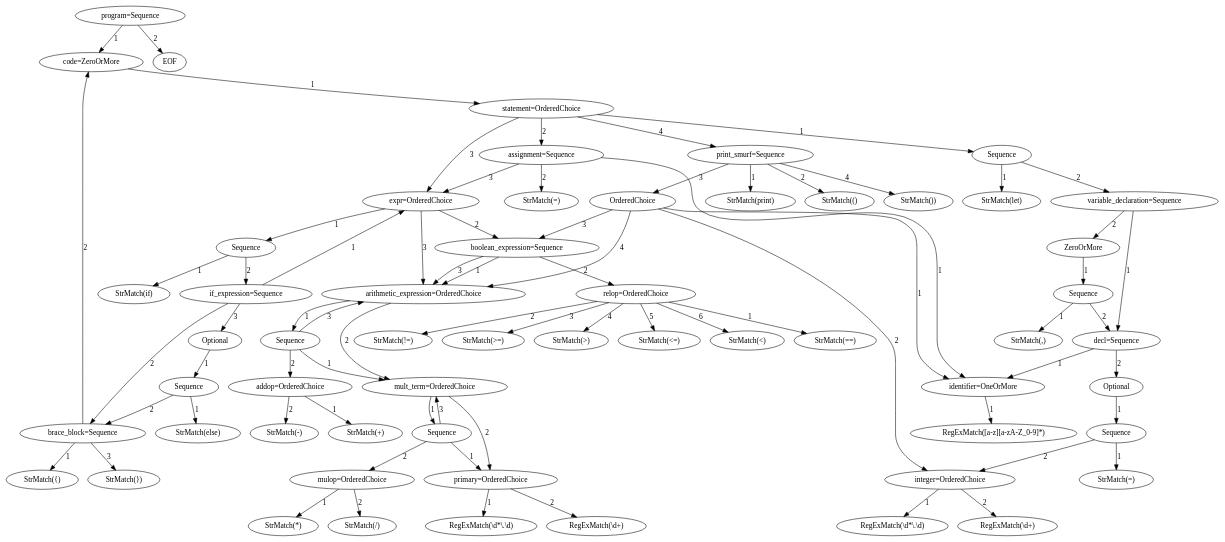
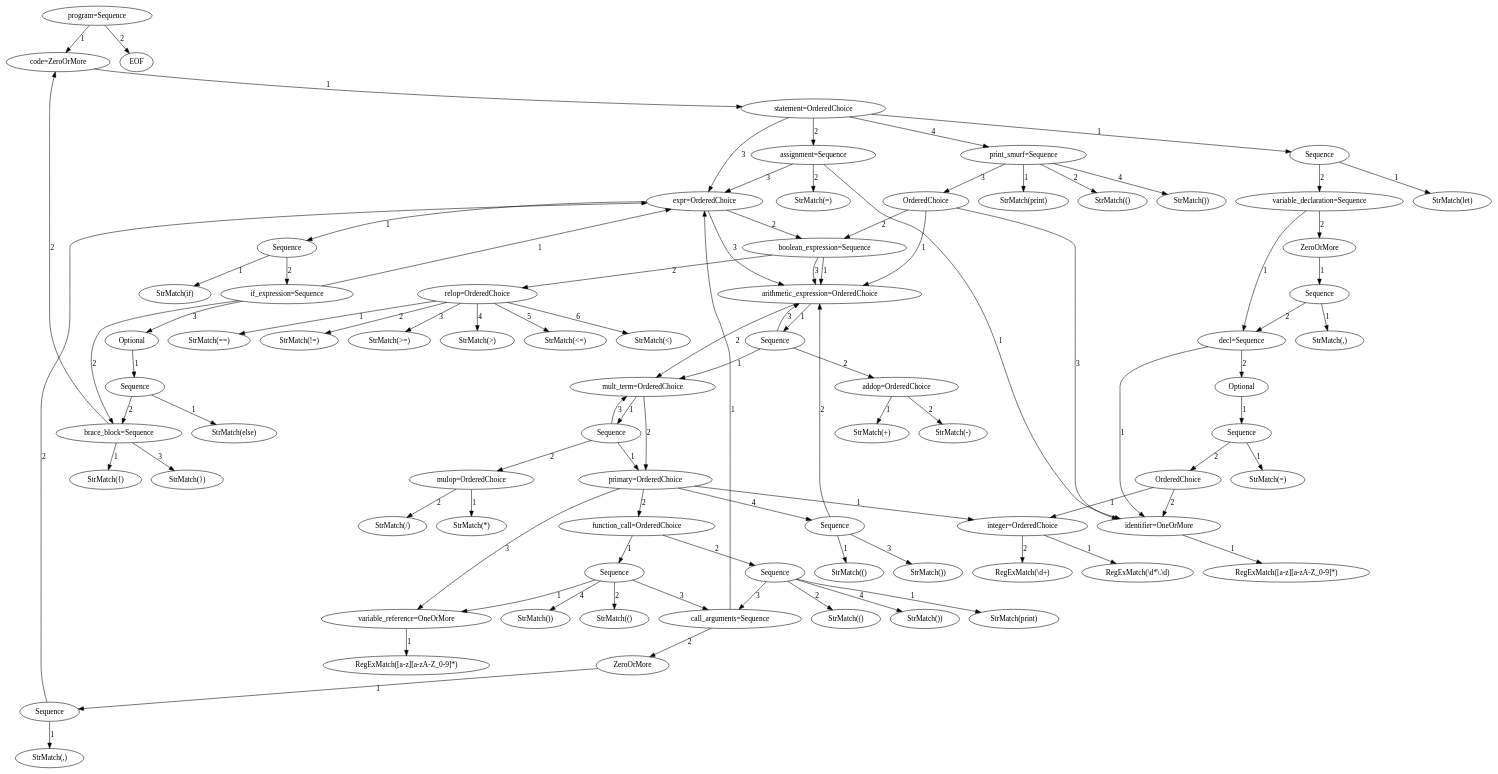
One commit to pragdave/cs3342_smurf changed the diagram in program_parser_model.dot. Above: the diagram before and after it, drawn with Graphviz. The commit also changed 12 other files, not shown here.

```diff
--- a/program_parser_model.dot
+++ b/program_parser_model.dot
@@ -1,203 +1,263 @@
 digraph arpeggio_graph {
-4712327248 [label="program=Sequence"];
-4712327248->4712753424 [label="1"]
+4710118736 [label="program=Sequence"];
+4710118736->4715002000 [label="1"]
 
-4712753424 [label="code=ZeroOrMore"];
-4712753424->4712752720 [label="1"]
+4715002000 [label="code=ZeroOrMore"];
+4715002000->4714634768 [label="1"]
 
-4712752720 [label="statement=OrderedChoice"];
-4712752720->4712754832 [label="1"]
+4714634768 [label="statement=OrderedChoice"];
+4714634768->4714633552 [label="1"]
 
-4712754832 [label="Sequence"];
-4712754832->4712561168 [label="1"]
+4714633552 [label="Sequence"];
+4714633552->4715432272 [label="1"]
 
-4712561168 [label="StrMatch(let)"];
-4712754832->4714716368 [label="2"]
+4715432272 [label="StrMatch(let)"];
+4714633552->4711730640 [label="2"]
 
-4714716368 [label="variable_declaration=Sequence"];
-4714716368->4713727248 [label="1"]
+4711730640 [label="variable_declaration=Sequence"];
+4711730640->4713588048 [label="1"]
 
-4713727248 [label="decl=Sequence"];
-4713727248->4713847760 [label="1"]
+4713588048 [label="decl=Sequence"];
+4713588048->4710131024 [label="1"]
 
-4713847760 [label="identifier=OneOrMore"];
-4713847760->4713844944 [label="1"]
+4710131024 [label="identifier=OneOrMore"];
+4710131024->4710132624 [label="1"]
 
-4713844944 [label="RegExMatch([a-z][a-zA-Z_0-9]*)"];
-4713727248->4713727824 [label="2"]
+4710132624 [label="RegExMatch([a-z][a-zA-Z_0-9]*)"];
+4713588048->4713587024 [label="2"]
 
-4713727824 [label="Optional"];
-4713727824->4714118672 [label="1"]
+4713587024 [label="Optional"];
+4713587024->4710130256 [label="1"]
 
-4714118672 [label="Sequence"];
-4714118672->4714118736 [label="1"]
+4710130256 [label="Sequence"];
+4710130256->4710132304 [label="1"]
 
-4714118736 [label="StrMatch(=)"];
-4714118672->4712252240 [label="2"]
+4710132304 [label="StrMatch(=)"];
+4710130256->4710131728 [label="2"]
 
-4712252240 [label="integer=OrderedChoice"];
-4712252240->4714118864 [label="1"]
+4710131728 [label="OrderedChoice"];
+4710131728->4712754960 [label="1"]
 
-4714118864 [label="RegExMatch(\\d*\\.\\d)"];
-4712252240->4714117584 [label="2"]
+4712754960 [label="integer=OrderedChoice"];
+4712754960->4710130576 [label="1"]
 
-4714117584 [label="RegExMatch(\\d+)"];
-4714716368->4714713360 [label="2"]
+4710130576 [label="RegExMatch(\\d*\\.\\d)"];
+4712754960->4710132688 [label="2"]
 
-4714713360 [label="ZeroOrMore"];
-4714713360->4711904848 [label="1"]
+4710132688 [label="RegExMatch(\\d+)"];
+4710131728->4710131024 [label="2"]
 
-4711904848 [label="Sequence"];
-4711904848->4711903696 [label="1"]
+4711730640->4710803408 [label="2"]
 
-4711903696 [label="StrMatch(,)"];
-4711904848->4713727248 [label="2"]
+4710803408 [label="ZeroOrMore"];
+4710803408->4712752592 [label="1"]
 
-4712752720->4711906512 [label="2"]
+4712752592 [label="Sequence"];
+4712752592->4712751696 [label="1"]
 
-4711906512 [label="assignment=Sequence"];
-4711906512->4713847760 [label="1"]
+4712751696 [label="StrMatch(,)"];
+4712752592->4713588048 [label="2"]
 
-4711906512->4711903440 [label="2"]
+4714634768->4713191440 [label="2"]
 
-4711903440 [label="StrMatch(=)"];
-4711906512->4711903760 [label="3"]
+4713191440 [label="assignment=Sequence"];
+4713191440->4710131024 [label="1"]
 
-4711903760 [label="expr=OrderedChoice"];
-4711903760->4711904272 [label="1"]
+4713191440->4710133520 [label="2"]
 
-4711904272 [label="Sequence"];
-4711904272->4711903568 [label="1"]
+4710133520 [label="StrMatch(=)"];
+4713191440->4712754896 [label="3"]
 
-4711903568 [label="StrMatch(if)"];
-4711904272->4711905296 [label="2"]
+4712754896 [label="expr=OrderedChoice"];
+4712754896->4712752464 [label="1"]
 
-4711905296 [label="if_expression=Sequence"];
-4711905296->4711903760 [label="1"]
+4712752464 [label="Sequence"];
+4712752464->4712754640 [label="1"]
 
-4711905296->4711904336 [label="2"]
+4712754640 [label="StrMatch(if)"];
+4712752464->4712754704 [label="2"]
 
-4711904336 [label="brace_block=Sequence"];
-4711904336->4711904144 [label="1"]
+4712754704 [label="if_expression=Sequence"];
+4712754704->4712754896 [label="1"]
 
-4711904144 [label="StrMatch({)"];
-4711904336->4712753424 [label="2"]
+4712754704->4710130320 [label="2"]
 
-4711904336->4715599440 [label="3"]
+4710130320 [label="brace_block=Sequence"];
+4710130320->4712753616 [label="1"]
 
-4715599440 [label="StrMatch(})"];
-4711905296->4711905424 [label="3"]
+4712753616 [label="StrMatch({)"];
+4710130320->4715002000 [label="2"]
 
-4711905424 [label="Optional"];
-4711905424->4712606608 [label="1"]
+4710130320->4712752848 [label="3"]
 
-4712606608 [label="Sequence"];
-4712606608->4712604496 [label="1"]
+4712752848 [label="StrMatch(})"];
+4712754704->4712755088 [label="3"]
 
-4712604496 [label="StrMatch(else)"];
-4712606608->4711904336 [label="2"]
+4712755088 [label="Optional"];
+4712755088->4712752656 [label="1"]
 
-4711903760->4712607184 [label="2"]
+4712752656 [label="Sequence"];
+4712752656->4711195280 [label="1"]
 
-4712607184 [label="boolean_expression=Sequence"];
-4712607184->4712604944 [label="1"]
+4711195280 [label="StrMatch(else)"];
+4712752656->4710130320 [label="2"]
 
-4712604944 [label="arithmetic_expression=OrderedChoice"];
-4712604944->4712604112 [label="1"]
+4712754896->4712310480 [label="2"]
 
-4712604112 [label="Sequence"];
-4712604112->4712604368 [label="1"]
+4712310480 [label="boolean_expression=Sequence"];
+4712310480->4712697168 [label="1"]
 
-4712604368 [label="mult_term=OrderedChoice"];
-4712604368->4712607056 [label="1"]
+4712697168 [label="arithmetic_expression=OrderedChoice"];
+4712697168->4712695632 [label="1"]
 
-4712607056 [label="Sequence"];
-4712607056->4713157584 [label="1"]
+4712695632 [label="Sequence"];
+4712695632->4712694928 [label="1"]
 
-4713157584 [label="primary=OrderedChoice"];
-4713157584->4713157712 [label="1"]
+4712694928 [label="mult_term=OrderedChoice"];
+4712694928->4712697808 [label="1"]
 
-4713157712 [label="RegExMatch(\\d*\\.\\d)"];
-4713157584->4713159056 [label="2"]
+4712697808 [label="Sequence"];
+4712697808->4712696784 [label="1"]
 
-4713159056 [label="RegExMatch(\\d+)"];
-4712607056->4710922448 [label="2"]
+4712696784 [label="primary=OrderedChoice"];
+4712696784->4712754960 [label="1"]
 
-4710922448 [label="mulop=OrderedChoice"];
-4710922448->4710921488 [label="1"]
+4712696784->4712310800 [label="2"]
 
-4710921488 [label="StrMatch(*)"];
-4710922448->4710923152 [label="2"]
+4712310800 [label="function_call=OrderedChoice"];
+4712310800->4716531408 [label="1"]
 
-4710923152 [label="StrMatch(/)"];
-4712607056->4712604368 [label="3"]
+4716531408 [label="Sequence"];
+4716531408->4712753104 [label="1"]
 
-4712604368->4713157584 [label="2"]
+4712753104 [label="variable_reference=OneOrMore"];
+4712753104->4712752976 [label="1"]
 
-4712604112->4710924240 [label="2"]
+4712752976 [label="RegExMatch([a-z][a-zA-Z_0-9]*)"];
+4716531408->4712754320 [label="2"]
 
-4710924240 [label="addop=OrderedChoice"];
-4710924240->4710924176 [label="1"]
+4712754320 [label="StrMatch(()"];
+4716531408->4712752784 [label="3"]
 
-4710924176 [label="StrMatch(+)"];
-4710924240->4710922896 [label="2"]
+4712752784 [label="call_arguments=Sequence"];
+4712752784->4712754896 [label="1"]
 
-4710922896 [label="StrMatch(-)"];
-4712604112->4712604944 [label="3"]
+4712752784->4712751248 [label="2"]
 
-4712604944->4712604368 [label="2"]
+4712751248 [label="ZeroOrMore"];
+4712751248->4712696976 [label="1"]
 
-4712607184->4710921680 [label="2"]
+4712696976 [label="Sequence"];
+4712696976->4712696336 [label="1"]
 
-4710921680 [label="relop=OrderedChoice"];
-4710921680->4712865296 [label="1"]
+4712696336 [label="StrMatch(,)"];
+4712696976->4712754896 [label="2"]
 
-4712865296 [label="StrMatch(==)"];
-4710921680->4712864784 [label="2"]
+4716531408->4712694800 [label="4"]
 
-4712864784 [label="StrMatch(!=)"];
-4710921680->4712863312 [label="3"]
+4712694800 [label="StrMatch())"];
+4712310800->4713590416 [label="2"]
 
-4712863312 [label="StrMatch(>=)"];
-4710921680->4713973968 [label="4"]
+4713590416 [label="Sequence"];
+4713590416->4712696528 [label="1"]
 
-4713973968 [label="StrMatch(>)"];
-4710921680->4713972432 [label="5"]
+4712696528 [label="StrMatch(print)"];
+4713590416->4712695696 [label="2"]
 
-4713972432 [label="StrMatch(<=)"];
-4710921680->4714134864 [label="6"]
+4712695696 [label="StrMatch(()"];
+4713590416->4712752784 [label="3"]
 
-4714134864 [label="StrMatch(<)"];
-4712607184->4712604944 [label="3"]
+4713590416->4712694480 [label="4"]
 
-4711903760->4712604944 [label="3"]
+4712694480 [label="StrMatch())"];
+4712696784->4712753104 [label="3"]
 
-4712752720->4711903760 [label="3"]
+4712696784->4712697552 [label="4"]
 
-4712752720->4712766480 [label="4"]
+4712697552 [label="Sequence"];
+4712697552->4710755024 [label="1"]
 
-4712766480 [label="print_smurf=Sequence"];
-4712766480->4712767376 [label="1"]
+4710755024 [label="StrMatch(()"];
+4712697552->4712697168 [label="2"]
 
-4712767376 [label="StrMatch(print)"];
-4712766480->4712764560 [label="2"]
+4712697552->4714007952 [label="3"]
 
-4712764560 [label="StrMatch(()"];
-4712766480->4712763728 [label="3"]
+4714007952 [label="StrMatch())"];
+4712697808->4714006800 [label="2"]
 
-4712763728 [label="OrderedChoice"];
-4712763728->4713847760 [label="1"]
+4714006800 [label="mulop=OrderedChoice"];
+4714006800->4714007632 [label="1"]
 
-4712763728->4712252240 [label="2"]
+4714007632 [label="StrMatch(*)"];
+4714006800->4714006928 [label="2"]
 
-4712763728->4712607184 [label="3"]
+4714006928 [label="StrMatch(/)"];
+4712697808->4712694928 [label="3"]
 
-4712763728->4712604944 [label="4"]
+4712694928->4712696784 [label="2"]
 
-4712766480->4712764176 [label="4"]
+4712695632->4710542352 [label="2"]
 
-4712764176 [label="StrMatch())"];
-4712327248->4712767184 [label="2"]
+4710542352 [label="addop=OrderedChoice"];
+4710542352->4710541328 [label="1"]
 
-4712767184 [label="EOF"];
+4710541328 [label="StrMatch(+)"];
+4710542352->4710594192 [label="2"]
+
+4710594192 [label="StrMatch(-)"];
+4712695632->4712697168 [label="3"]
+
+4712697168->4712694928 [label="2"]
+
+4712310480->4715490128 [label="2"]
+
+4715490128 [label="relop=OrderedChoice"];
+4715490128->4715490960 [label="1"]
+
+4715490960 [label="StrMatch(==)"];
+4715490128->4715490576 [label="2"]
+
+4715490576 [label="StrMatch(!=)"];
+4715490128->4715487568 [label="3"]
+
+4715487568 [label="StrMatch(>=)"];
+4715490128->4715489296 [label="4"]
+
+4715489296 [label="StrMatch(>)"];
+4715490128->4715487312 [label="5"]
+
+4715487312 [label="StrMatch(<=)"];
+4715490128->4715488016 [label="6"]
+
+4715488016 [label="StrMatch(<)"];
+4712310480->4712697168 [label="3"]
+
+4712754896->4712697168 [label="3"]
+
+4714634768->4712754896 [label="3"]
+
+4714634768->4708376080 [label="4"]
+
+4708376080 [label="print_smurf=Sequence"];
+4708376080->4708375952 [label="1"]
+
+4708375952 [label="StrMatch(print)"];
+4708376080->4708373136 [label="2"]
+
+4708373136 [label="StrMatch(()"];
+4708376080->4708375824 [label="3"]
+
+4708375824 [label="OrderedChoice"];
+4708375824->4712697168 [label="1"]
+
+4708375824->4712310480 [label="2"]
+
+4708375824->4710131024 [label="3"]
+
+4708376080->4708374672 [label="4"]
+
+4708374672 [label="StrMatch())"];
+4710118736->4715490320 [label="2"]
+
+4715490320 [label="EOF"];
 }
```
